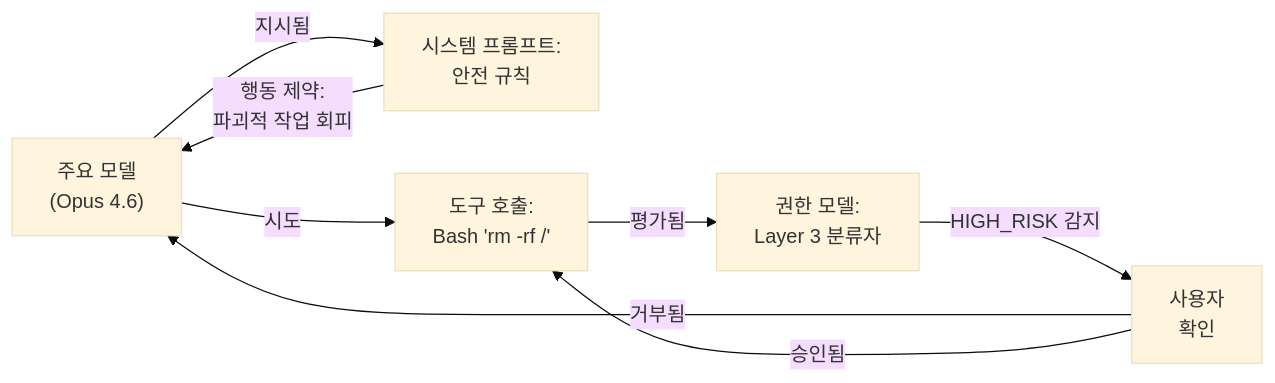
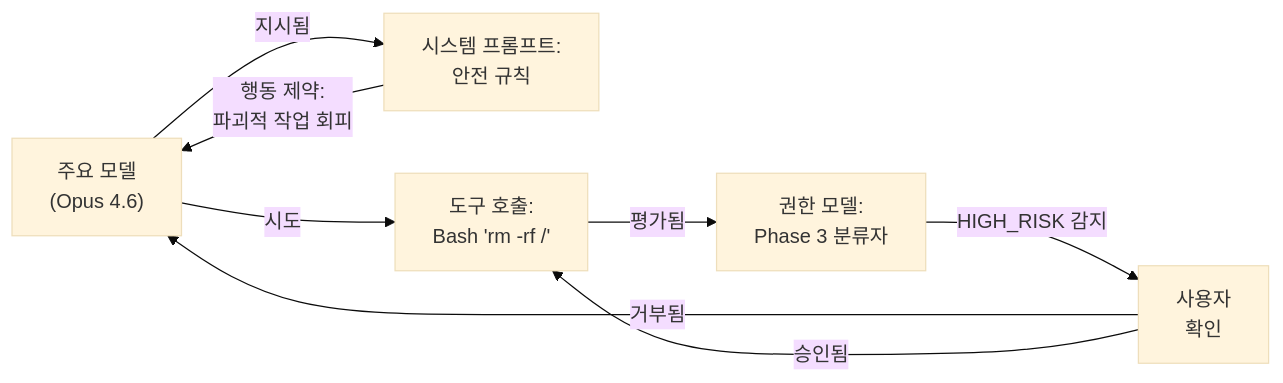
The second of 3 diagrams in docs/deep/ko/system-prompt/safety-rules.md (hi-space/claude-code-unpack-docs), drawn with Mermaid (base theme) before and after one commit. The commit also changed other lines of this file and 51 other files, not shown here.

````diff
--- a/docs/deep/ko/system-prompt/safety-rules.md
+++ b/docs/deep/ko/system-prompt/safety-rules.md
@@ -158,16 +158,16 @@
 ```mermaid
 flowchart LR
     Model["주요 모델<br/>(Opus 4.6)"]
     SystemPrompt["시스템 프롬프트:<br/>안전 규칙"]
     ToolCall["도구 호출:<br/>Bash 'rm -rf /'"]
-    PermissionChecker["권한 모델:<br/>Layer 3 분류자"]
+    PermissionChecker["권한 모델:<br/>Phase 3 분류자"]
     User["사용자<br/>확인"]
 
     Model -->|"지시됨"| SystemPrompt
     SystemPrompt -->|"행동 제약:<br/>파괴적 작업 회피"| Model
     Model -->|"시도"| ToolCall
     ToolCall -->|"평가됨"| PermissionChecker
     PermissionChecker -->|"HIGH_RISK 감지"| User
     User -->|"거부됨"| Model
     User -->|"승인됨"| ToolCall
 ```
````
